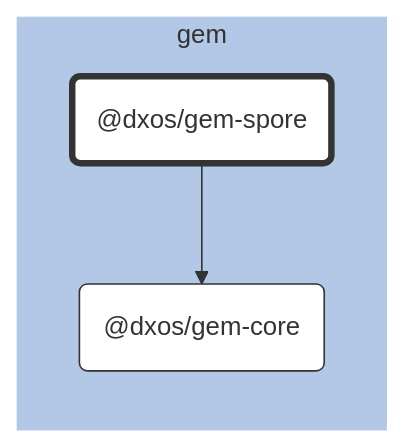
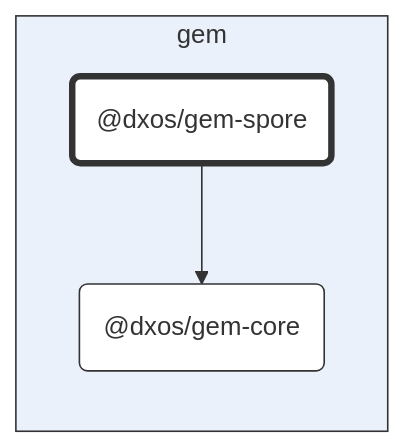
The diagram in packages/gem/gem-spore/docs/README.md (dxos/dxos), drawn with Mermaid before and after one commit. The commit also changed 93 other files, not shown here.

First line of the commit message:
chore: hierarchical graphs. (#1583)

````diff
--- a/packages/gem/gem-spore/docs/README.md
+++ b/packages/gem/gem-spore/docs/README.md
@@ -7,23 +7,23 @@
 ```mermaid
 %%{ init: {'flowchart':{'curve':'basis'}} }%%
 
 flowchart LR
 
 %% Classes
 classDef def fill:#fff,stroke:#333,stroke-width:1px
 classDef root fill:#fff,stroke:#333,stroke-width:4px
 
 %% Nodes
 
 subgraph gem [gem]
-  style gem fill:#b3c7e6,stroke:#fff
+  style gem fill:#ebf1fa,stroke:#333
   dxos/gem-spore("@dxos/gem-spore"):::root
   click dxos/gem-spore "dxos/dxos/tree/main/packages/gem/gem-spore/docs"
   dxos/gem-core("@dxos/gem-core"):::def
   click dxos/gem-core "dxos/dxos/tree/main/packages/gem/gem-core/docs"
 end
 
 %% Links
 linkStyle default stroke:#333,stroke-width:1px
 dxos/gem-spore --> dxos/gem-core
 ```
````
